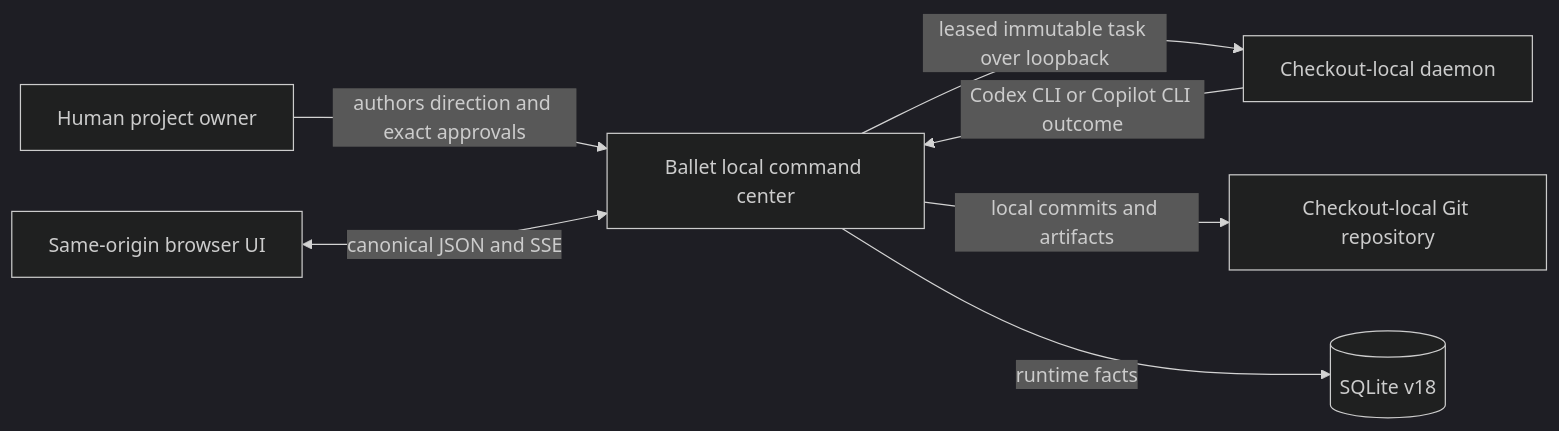
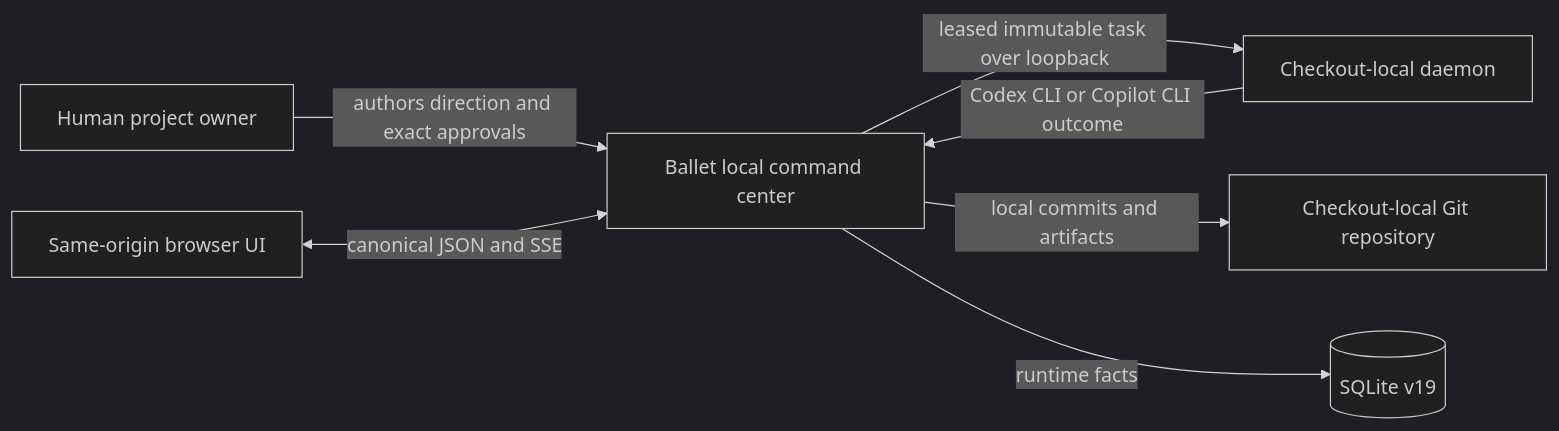
The first of 6 diagrams in ARCHITECTURE.md (isinisalo/ballet), drawn with Mermaid (dark theme) before and after one commit. The commit also changed other lines of this file and 85 other files, not shown here.

````diff
--- a/ARCHITECTURE.md
+++ b/ARCHITECTURE.md
@@ -34,9 +34,9 @@
 ```mermaid
 flowchart LR
   Human[Human project owner] -->|authors direction and exact approvals| Ballet[Ballet local command center]
   Ballet -->|leased immutable task over loopback| Daemon[Checkout-local daemon]
   Daemon -->|Codex CLI or Copilot CLI outcome| Ballet
   Ballet -->|local commits and artifacts| Git[Checkout-local Git repository]
-  Ballet -->|runtime facts| DB[(SQLite v18)]
+  Ballet -->|runtime facts| DB[(SQLite v19)]
   Browser[Same-origin browser UI] <-->|canonical JSON and SSE| Ballet
 ```
````
